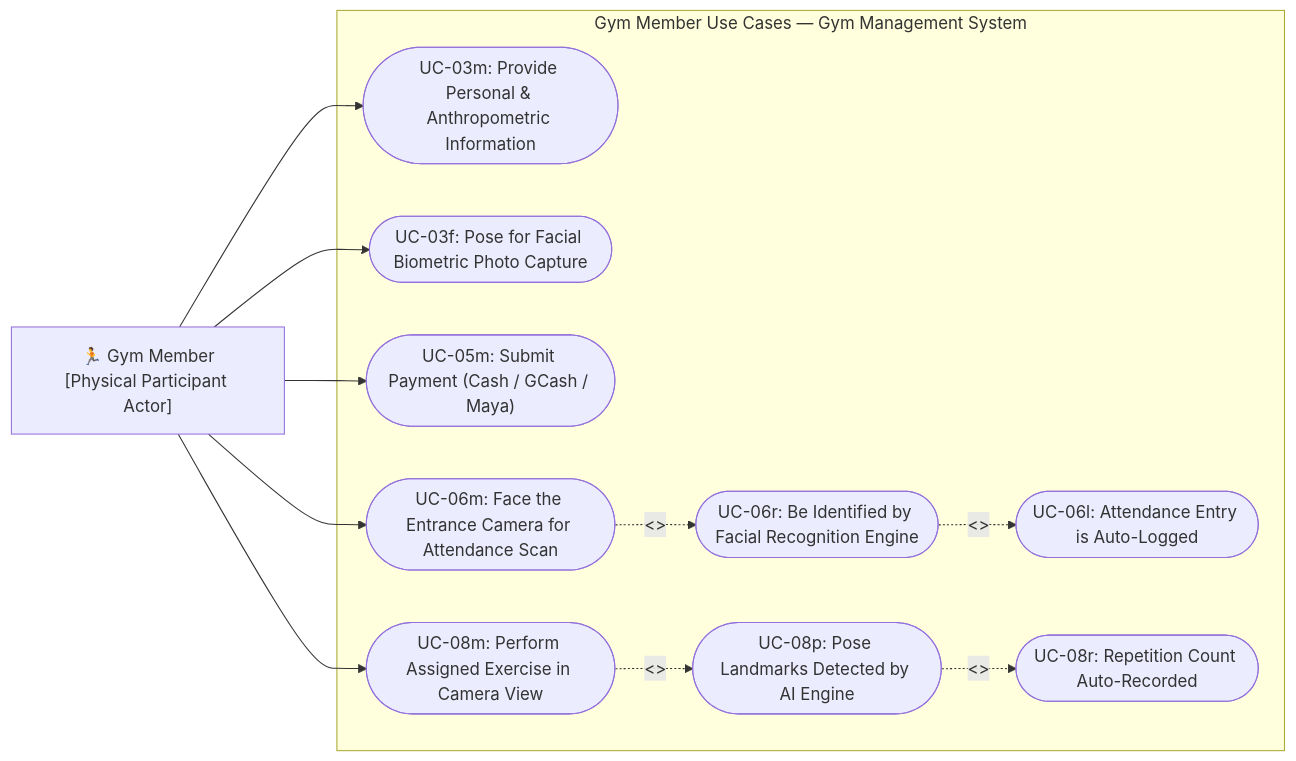
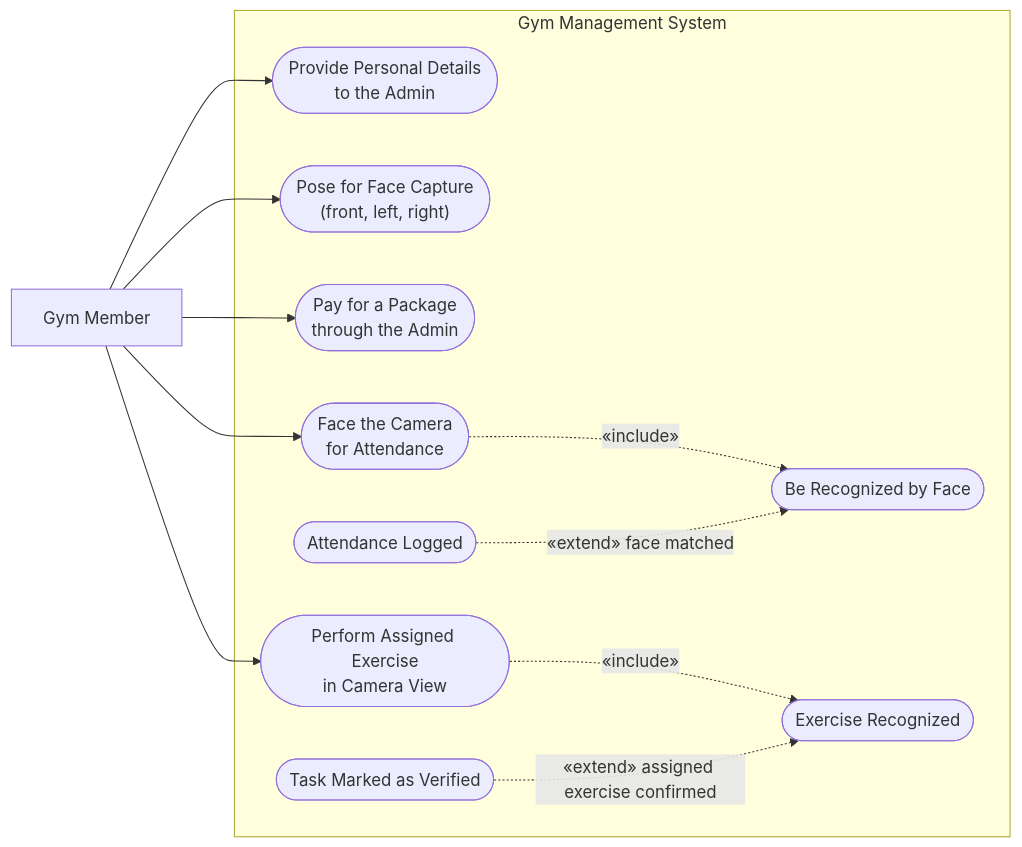
The fourth of 4 diagrams in DOCUMENTATION/USECASE DIAGRAM/usecase.md (Plonteras191/GYM2-CAPSTONE), drawn with Mermaid before and after one commit. The commit also changed other lines of this file and 10 other files, not shown here.

First line of the commit message:
Update outdated diagrams in the documentation to match the system

````diff
--- a/DOCUMENTATION/USECASE DIAGRAM/usecase.md
+++ b/DOCUMENTATION/USECASE DIAGRAM/usecase.md
@@ -546,32 +482,29 @@
 ```mermaid
 flowchart LR
-    Member["🏃 Gym Member\n[Physical Participant Actor]"]
+    Member["Gym Member"]
 
-    subgraph MemberBoundary ["Gym Member Use Cases — Gym Management System"]
+    subgraph Boundary ["Gym Management System"]
+        Info(["Provide Personal Details<br/>to the Admin"])
+        FacePose(["Pose for Face Capture<br/>(front, left, right)"])
+        Pay(["Pay for a Package<br/>through the Admin"])
 
-        M_ProvideInfo(["UC-03m: Provide Personal & Anthropometric Information"])
-        M_ProvideFace(["UC-03f: Pose for Facial Biometric Photo Capture"])
+        Scan(["Face the Camera<br/>for Attendance"])
+        Recog(["Be Recognized by Face"])
+        Logged(["Attendance Logged"])
 
-        M_SubmitPayment(["UC-05m: Submit Payment (Cash / GCash / Maya)"])
+        Exercise(["Perform Assigned Exercise<br/>in Camera View"])
+        ExRecog(["Exercise Recognized"])
+        Verified(["Task Marked as Verified"])
 
-        M_FaceScan(["UC-06m: Face the Entrance Camera for Attendance Scan"])
-        M_Recognized(["UC-06r: Be Identified by Facial Recognition Engine"])
-        M_AttLogged(["UC-06l: Attendance Entry is Auto-Logged"])
-
-        M_PerformEx(["UC-08m: Perform Assigned Exercise in Camera View"])
-        M_PoseDetected(["UC-08p: Pose Landmarks Detected by AI Engine"])
-        M_RepsLogged(["UC-08r: Repetition Count Auto-Recorded"])
-
-        M_FaceScan -.->|"<<include>>"| M_Recognized
-        M_Recognized -.->|"<<include>>"| M_AttLogged
-
-        M_PerformEx -.->|"<<include>>"| M_PoseDetected
-        M_PoseDetected -.->|"<<include>>"| M_RepsLogged
+        Scan -.->|"«include»"| Recog
+        Logged -.->|"«extend» face matched"| Recog
+        Exercise -.->|"«include»"| ExRecog
+        Verified -.->|"«extend» assigned exercise confirmed"| ExRecog
     end
 
-    Member --> M_ProvideInfo
-    Member --> M_ProvideFace
-    Member --> M_SubmitPayment
-    Member --> M_FaceScan
-    Member --> M_PerformEx
+    Member --> Info
+    Member --> FacePose
+    Member --> Pay
+    Member --> Scan
+    Member --> Exercise
 ```
````
